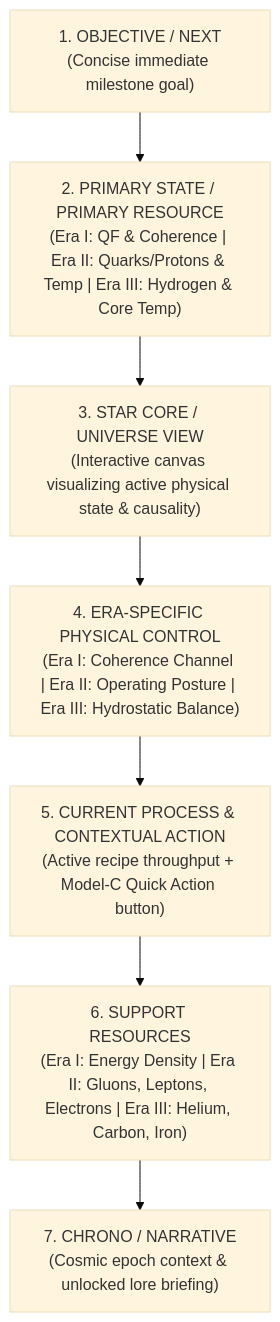
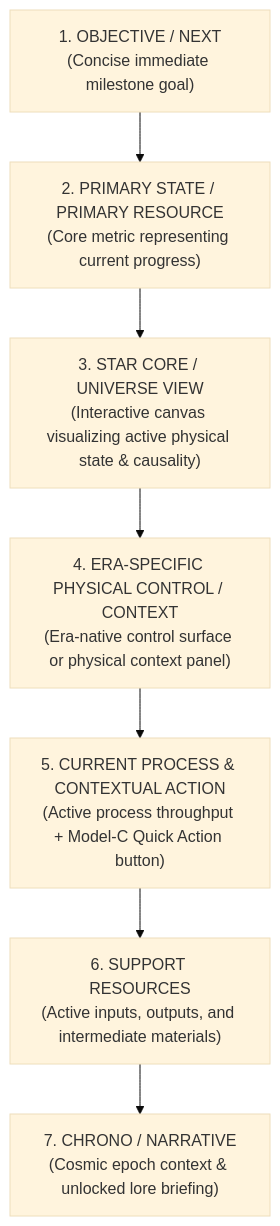
Before and after one commit to Entropy030/star-forge-idle: the third of 3 diagrams in docs/10_P5_DESIGN_SYNTHESIS.md, drawn with Mermaid (base theme). The commit also changed other lines of this file, not shown here.

````diff
--- a/docs/10_P5_DESIGN_SYNTHESIS.md
+++ b/docs/10_P5_DESIGN_SYNTHESIS.md
@@ -585,12 +431,12 @@
 ```mermaid
 graph TD
   Slot1["1. OBJECTIVE / NEXT\n(Concise immediate milestone goal)"]
-  Slot2["2. PRIMARY STATE / PRIMARY RESOURCE\n(Era I: QF & Coherence | Era II: Quarks/Protons & Temp | Era III: Hydrogen & Core Temp)"]
+  Slot2["2. PRIMARY STATE / PRIMARY RESOURCE\n(Core metric representing current progress)"]
   Slot3["3. STAR CORE / UNIVERSE VIEW\n(Interactive canvas visualizing active physical state & causality)"]
-  Slot4["4. ERA-SPECIFIC PHYSICAL CONTROL\n(Era I: Coherence Channel | Era II: Operating Posture | Era III: Hydrostatic Balance)"]
-  Slot5["5. CURRENT PROCESS & CONTEXTUAL ACTION\n(Active recipe throughput + Model-C Quick Action button)"]
-  Slot6["6. SUPPORT RESOURCES\n(Era I: Energy Density | Era II: Gluons, Leptons, Electrons | Era III: Helium, Carbon, Iron)"]
+  Slot4["4. ERA-SPECIFIC PHYSICAL CONTROL / CONTEXT\n(Era-native control surface or physical context panel)"]
+  Slot5["5. CURRENT PROCESS & CONTEXTUAL ACTION\n(Active process throughput + Model-C Quick Action button)"]
+  Slot6["6. SUPPORT RESOURCES\n(Active inputs, outputs, and intermediate materials)"]
   Slot7["7. CHRONO / NARRATIVE\n(Cosmic epoch context & unlocked lore briefing)"]
 
   Slot1 --> Slot2 --> Slot3 --> Slot4 --> Slot5 --> Slot6 --> Slot7
 ```
````
